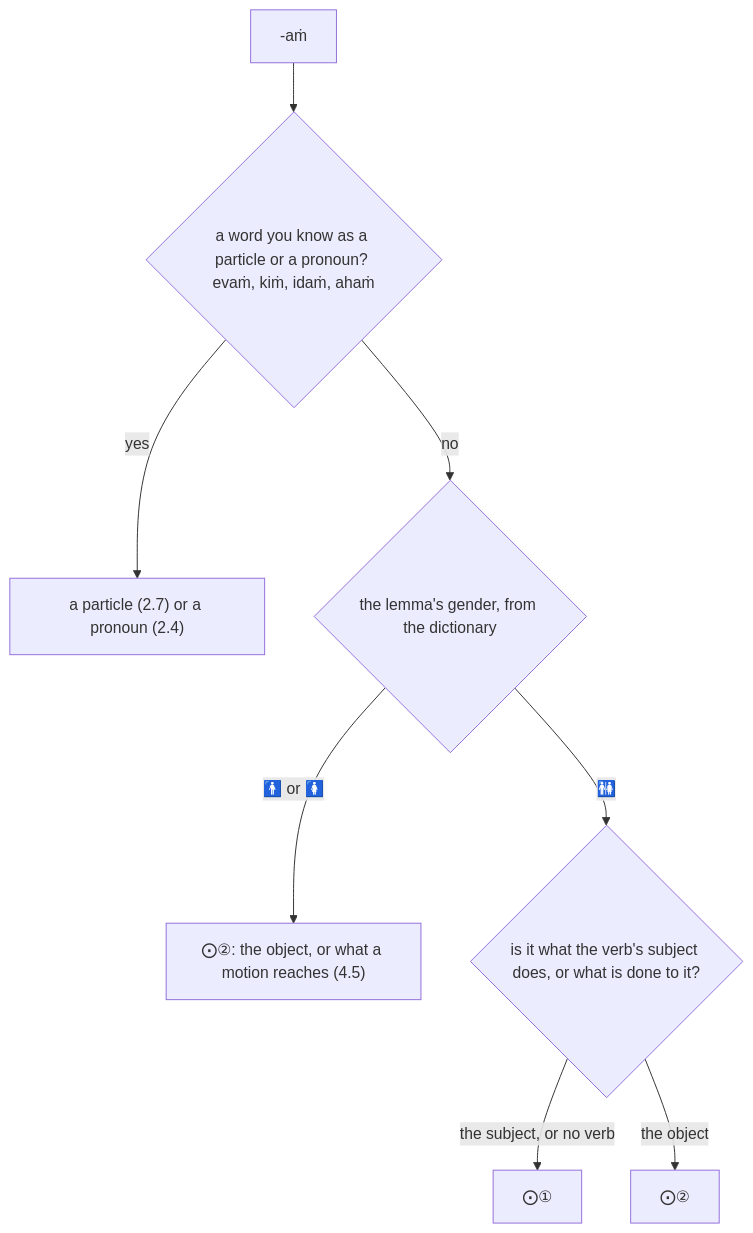
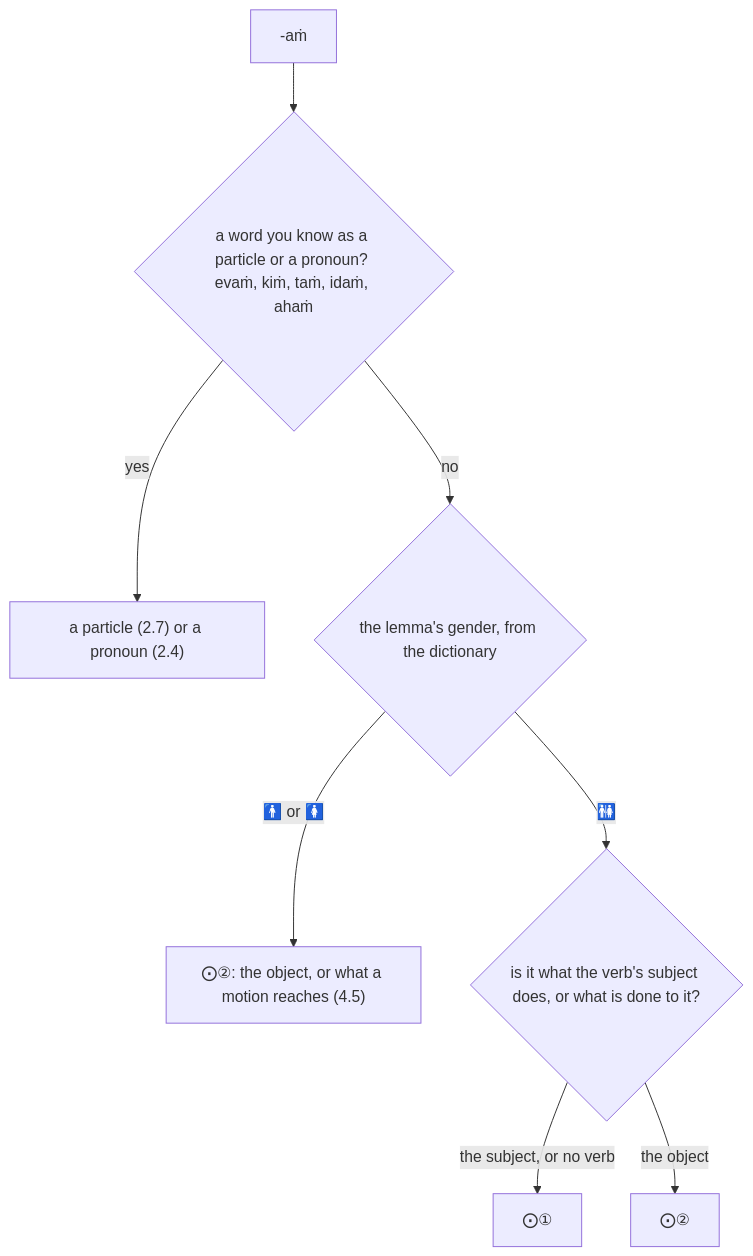
Before and after one commit to ChristineTham/buddhavacana: the second of 8 diagrams in src/content/docs/Pali Textbook/1-basics.md, drawn with Mermaid. The commit also changed other lines of this file and 3 other files, not shown here.

````diff
--- a/src/content/docs/Pali Textbook/1-basics.md
+++ b/src/content/docs/Pali Textbook/1-basics.md
@@ -1819,10 +1823,10 @@
 ```mermaid
 flowchart TD
-  A["-aṁ"] --> Q1{"a word you know as a particle or a pronoun? evaṁ, kiṁ, idaṁ, ahaṁ"}
+  A["-aṁ"] --> Q1{"a word you know as a particle or a pronoun? evaṁ, kiṁ, taṁ, idaṁ, ahaṁ"}
   Q1 -->|"yes"| P["a particle (2.7) or a pronoun (2.4)"]
   Q1 -->|"no"| Q2{"the lemma's gender, from the dictionary"}
   Q2 -->|"🚹 or 🚺"| M["⨀②: the object, or what a motion reaches (4.5)"]
   Q2 -->|"🚻"| Q3{"is it what the verb's subject does, or what is done to it?"}
   Q3 -->|"the subject, or no verb"| N1["⨀①"]
   Q3 -->|"the object"| N2["⨀②"]
 ```
````
